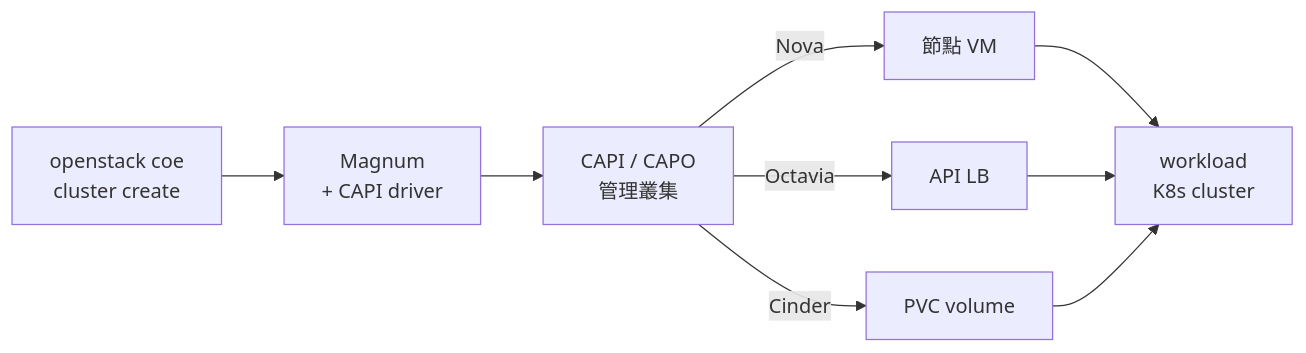
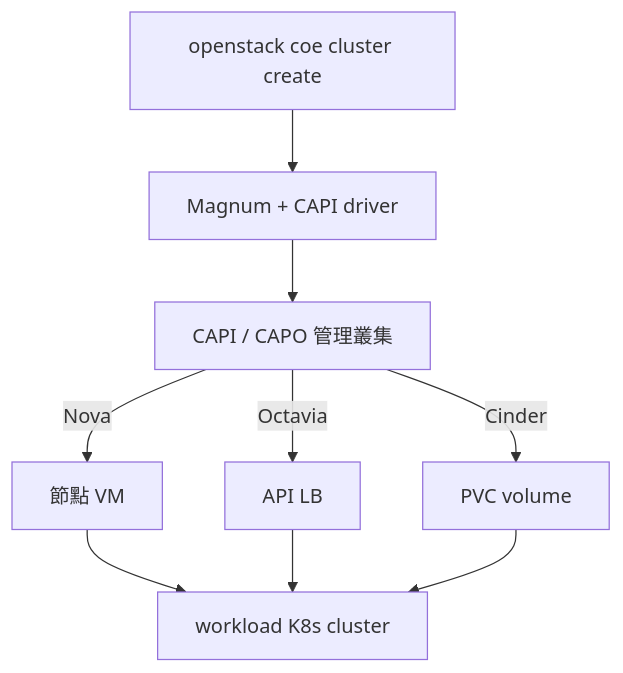
The diagram in docs/index.md (DeepWaveLab/OpenStackPracticing), drawn with Mermaid before and after one commit. The commit also changed 15 other files, not shown here.

Commit message:
docs: add dashboard screenshots and fix wide diagram layouts

````diff
--- a/docs/index.md
+++ b/docs/index.md
@@ -134,11 +134,11 @@
 ```mermaid
-flowchart LR
-    A[openstack coe<br/>cluster create] --> B[Magnum<br/>+ CAPI driver]
-    B --> C[CAPI / CAPO<br/>管理叢集]
-    C -->|Nova| D[節點 VM]
-    C -->|Octavia| E[API LB]
-    C -->|Cinder| F[PVC volume]
-    D --> G[workload<br/>K8s cluster]
+flowchart TB
+    A["openstack coe cluster create"] --> B["Magnum + CAPI driver"]
+    B --> C["CAPI / CAPO 管理叢集"]
+    C -->|Nova| D["節點 VM"]
+    C -->|Octavia| E["API LB"]
+    C -->|Cinder| F["PVC volume"]
+    D --> G["workload K8s cluster"]
     E --> G
     F --> G
 ```
````
